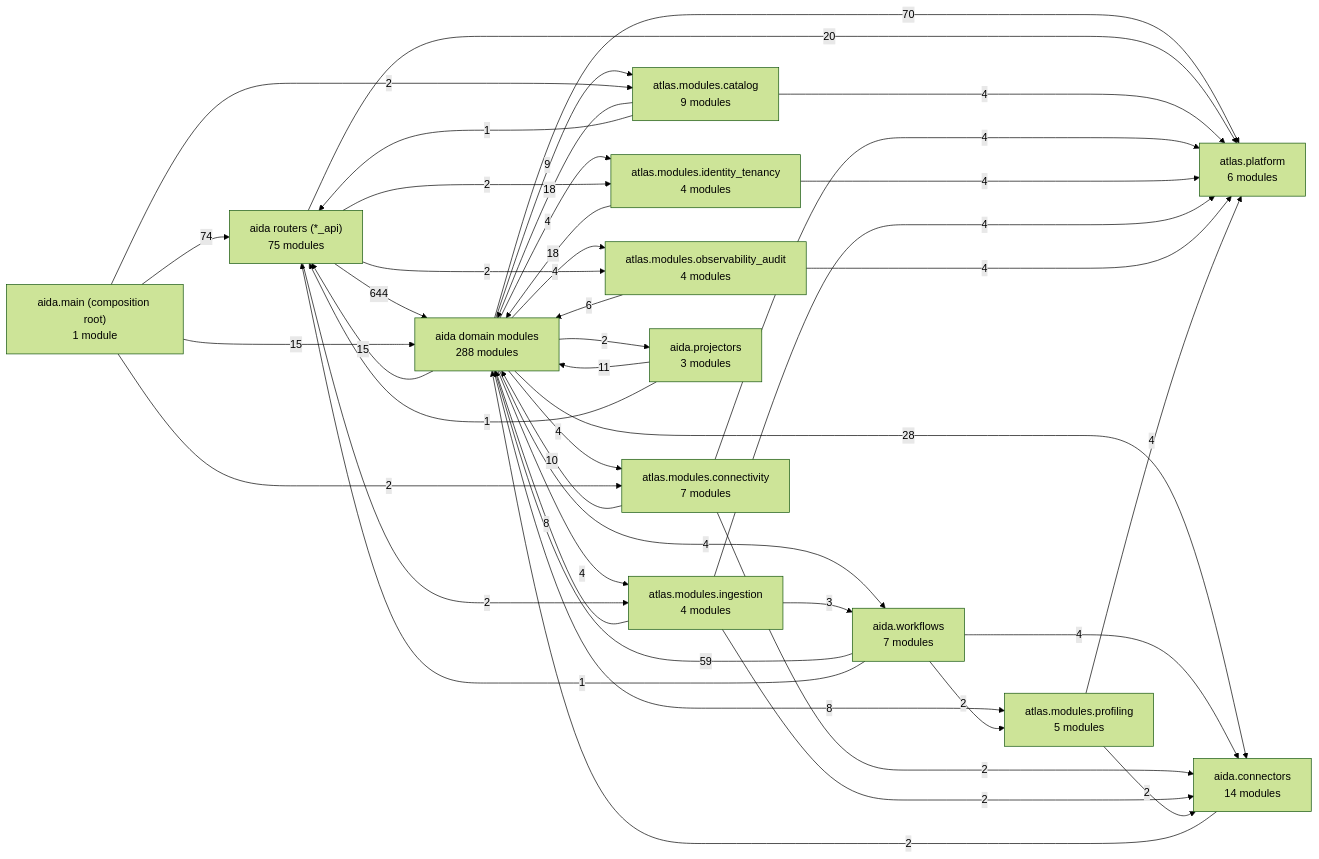
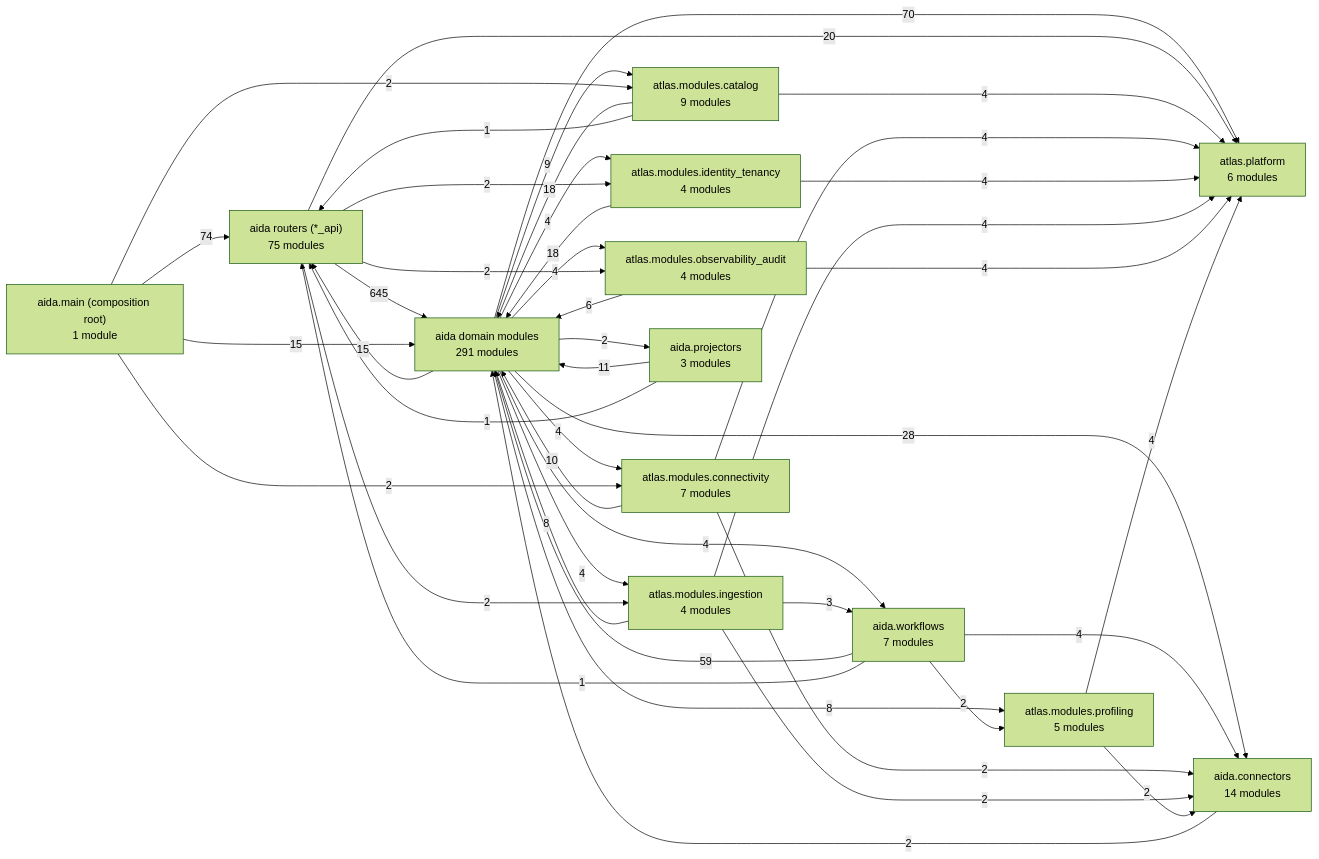
One commit to karuppusamym/AIDataAnalyst changed the first of 3 diagrams in Docs/10-architecture/14-generated-architecture-map.md. Above: the diagram before and after it, drawn with Mermaid (forest theme). The commit also changed other lines of this file and 15 other files, not shown here.

````diff
--- a/Docs/10-architecture/14-generated-architecture-map.md
+++ b/Docs/10-architecture/14-generated-architecture-map.md
@@ -48,59 +48,59 @@
 ```mermaid
 graph LR
   app["aida.main (composition root)<br/>1 module"]
   routers["aida routers (*_api)<br/>75 modules"]
-  domain["aida domain modules<br/>288 modules"]
+  domain["aida domain modules<br/>291 modules"]
   ctx_catalog["atlas.modules.catalog<br/>9 modules"]
   ctx_connectivity["atlas.modules.connectivity<br/>7 modules"]
   ctx_identity_tenancy["atlas.modules.identity_tenancy<br/>4 modules"]
   ctx_ingestion["atlas.modules.ingestion<br/>4 modules"]
   ctx_observability_audit["atlas.modules.observability_audit<br/>4 modules"]
   ctx_profiling["atlas.modules.profiling<br/>5 modules"]
   connectors["aida.connectors<br/>14 modules"]
   workflows["aida.workflows<br/>7 modules"]
   projectors["aida.projectors<br/>3 modules"]
   platform["atlas.platform<br/>6 modules"]
-  routers -->|644| domain
+  routers -->|645| domain
   app -->|74| routers
   domain -->|70| platform
   workflows -->|59| domain
   domain -->|28| connectors
   routers -->|20| platform
   ctx_catalog -->|18| domain
   ctx_identity_tenancy -->|18| domain
   app -->|15| domain
   domain -->|15| routers
   projectors -->|11| domain
   ctx_connectivity -->|10| domain
   domain -->|9| ctx_catalog
   ctx_ingestion -->|8| domain
   domain -->|8| ctx_profiling
   ctx_observability_audit -->|6| domain
   ctx_catalog -->|4| platform
   ctx_connectivity -->|4| platform
   ctx_identity_tenancy -->|4| platform
   ctx_ingestion -->|4| platform
   ctx_observability_audit -->|4| platform
   ctx_profiling -->|4| platform
   domain -->|4| ctx_connectivity
   domain -->|4| ctx_identity_tenancy
   domain -->|4| ctx_ingestion
   domain -->|4| ctx_observability_audit
   domain -->|4| workflows
   workflows -->|4| connectors
   ctx_ingestion -->|3| workflows
   app -->|2| ctx_catalog
   app -->|2| ctx_connectivity
   connectors -->|2| domain
   ctx_connectivity -->|2| connectors
   ctx_ingestion -->|2| connectors
   ctx_profiling -->|2| connectors
   domain -->|2| projectors
   routers -->|2| ctx_identity_tenancy
   routers -->|2| ctx_ingestion
   routers -->|2| ctx_observability_audit
   workflows -->|2| ctx_profiling
   ctx_catalog -->|1| routers
   projectors -->|1| routers
   workflows -->|1| routers
 ```
````
